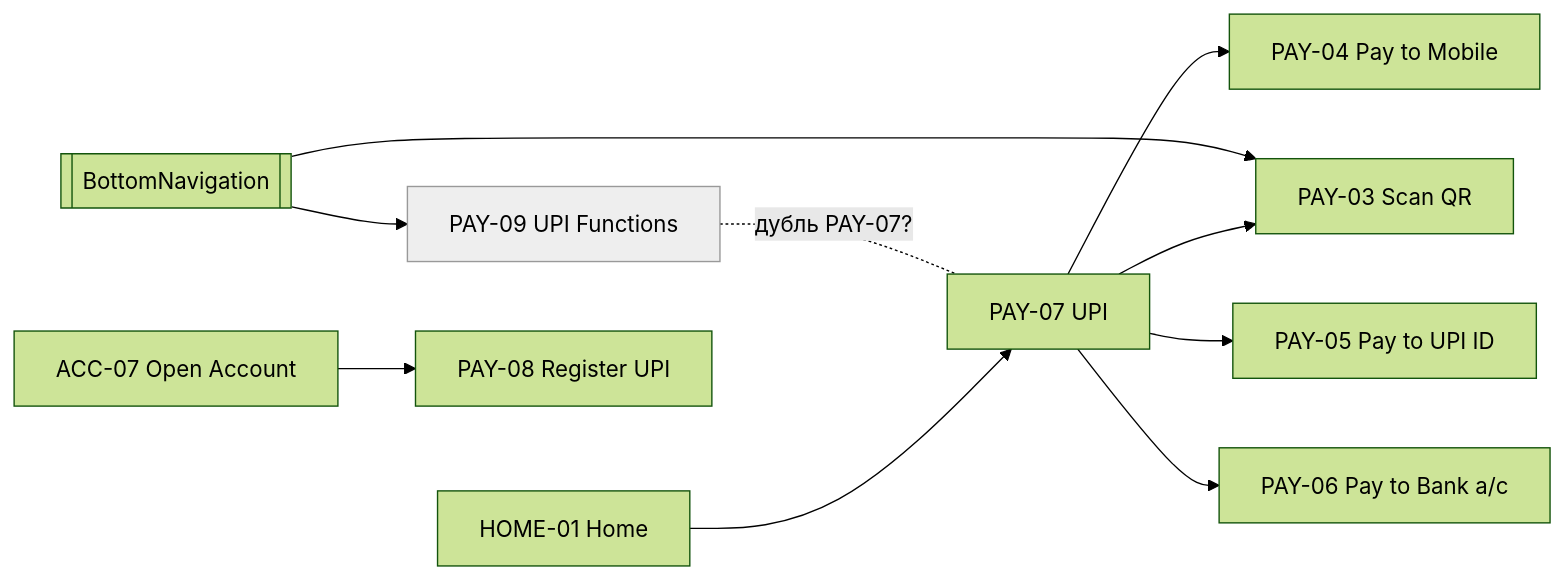
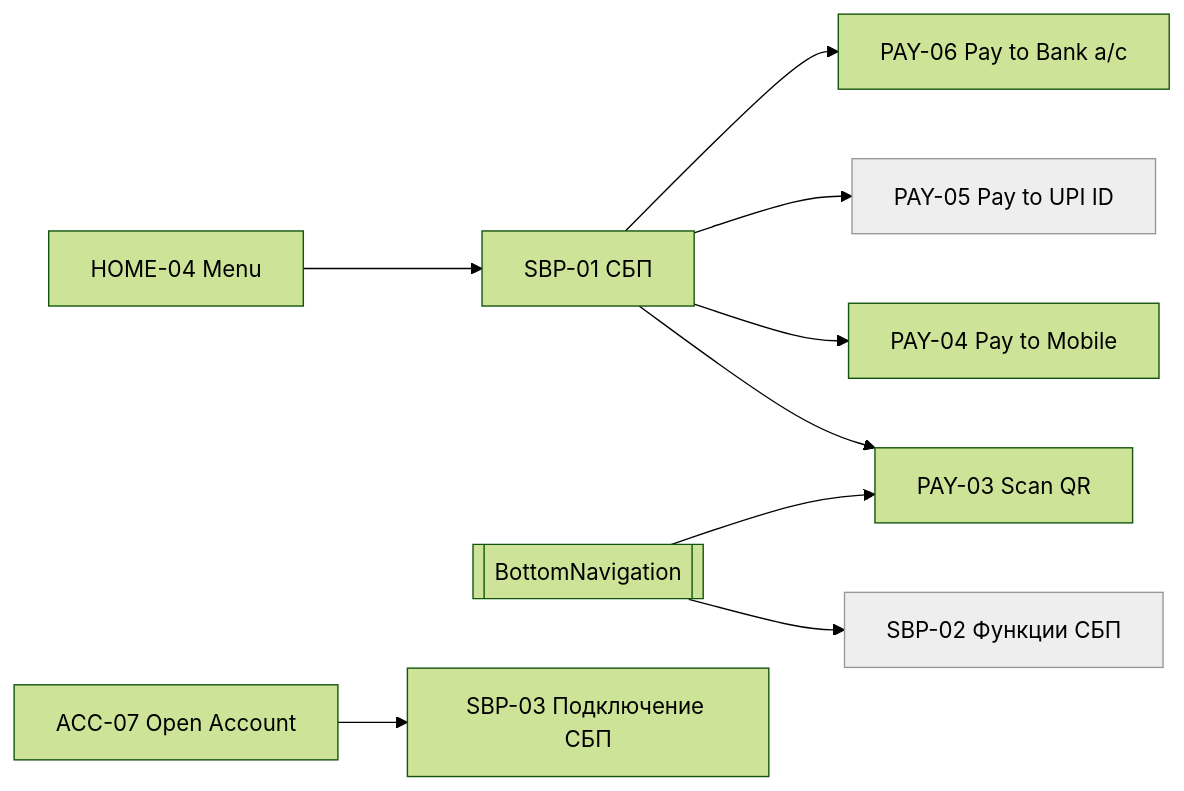
One commit to Shustrjak/claude_repo changed the fourth of 7 diagrams in docs/ui/USER_FLOWS.md. Above: the diagram before and after it, drawn with Mermaid (forest theme). The commit also changed other lines of this file and 6 other files, not shown here.

First line of the commit message:
Apply decisions D-01..D-05 to UI spec and roadmap

````diff
--- a/docs/ui/USER_FLOWS.md
+++ b/docs/ui/USER_FLOWS.md
@@ -105,14 +109,13 @@
 ```mermaid
 flowchart LR
-  HOME01[HOME-01 Home] --> PAY07[PAY-07 UPI]
-  PAY07 --> PAY03[PAY-03 Scan QR]
-  PAY07 --> PAY04[PAY-04 Pay to Mobile]
-  PAY07 --> PAY05[PAY-05 Pay to UPI ID]
-  PAY07 --> PAY06[PAY-06 Pay to Bank a/c]
-  NAV[[BottomNavigation]] --> PAY09[PAY-09 UPI Functions]
+  MENU[HOME-04 Menu] --> SBP01[SBP-01 СБП]
+  SBP01 --> PAY03[PAY-03 Scan QR]
+  SBP01 --> PAY04[PAY-04 Pay to Mobile]
+  SBP01 --> PAY05[PAY-05 Pay to UPI ID]
+  SBP01 --> PAY06[PAY-06 Pay to Bank a/c]
+  NAV[[BottomNavigation]] --> SBP02[SBP-02 Функции СБП]
   NAV --> PAY03
-  PAY09 -. "дубль PAY-07?" .- PAY07
-  ACC07[ACC-07 Open Account] --> PAY08[PAY-08 Register UPI]
+  ACC07[ACC-07 Open Account] --> SBP03[SBP-03 Подключение СБП]
   classDef candidate fill:#eee,stroke:#999
-  class PAY09 candidate
+  class SBP02,PAY05 candidate
 ```
````
